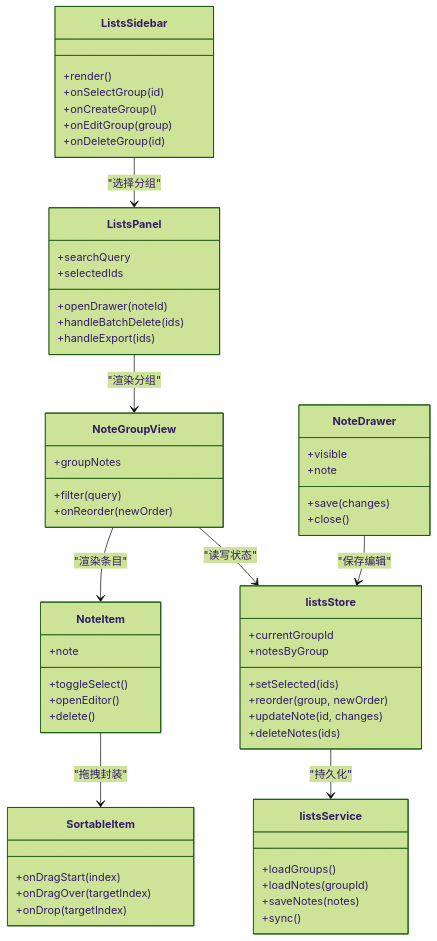
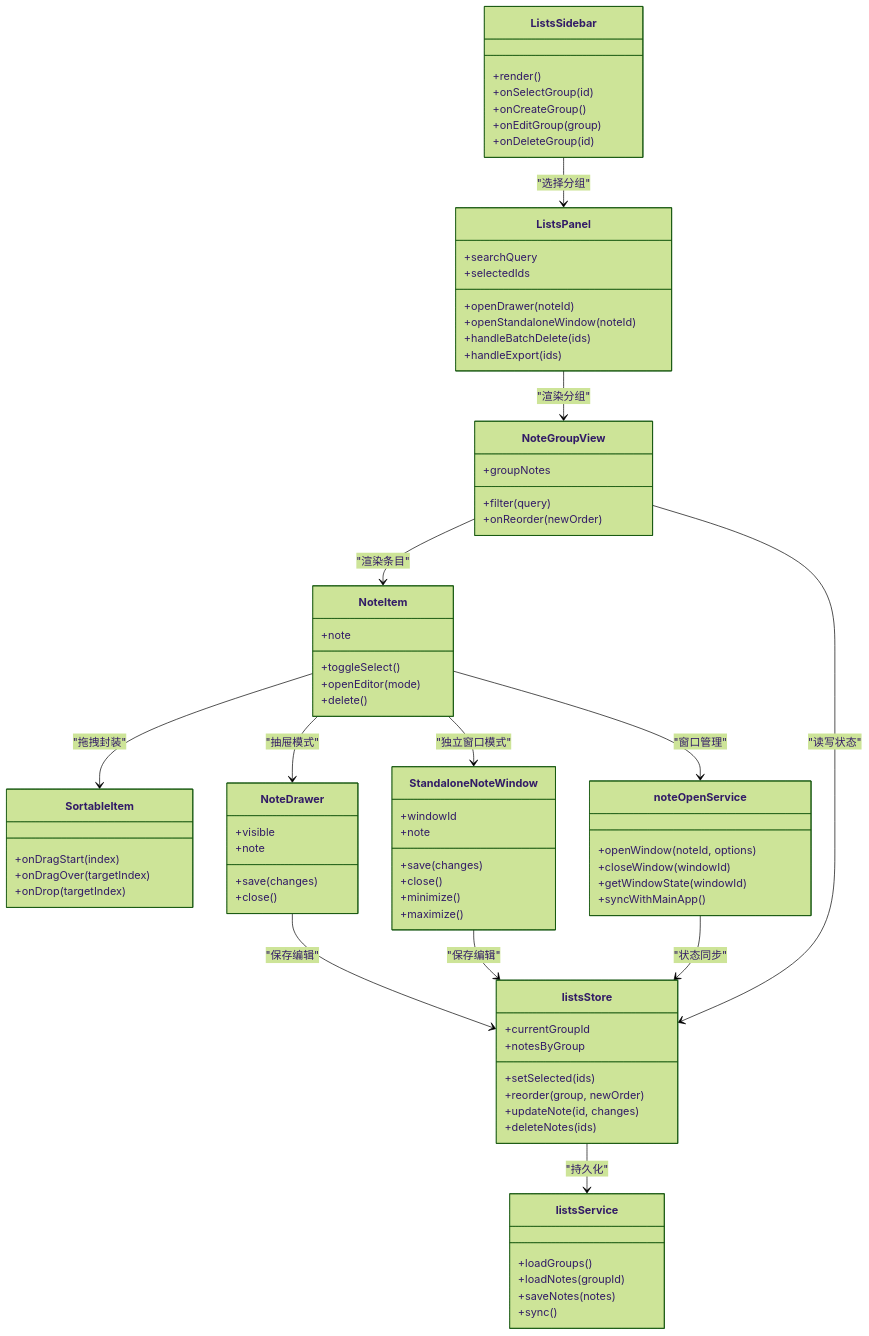
The third of 5 diagrams in .qoder/repowiki/zh/content/架构设计/组件架构设计/业务组件架构/清单管理组件.md (gzdxhujiale/FishWorker), drawn with Mermaid (forest theme) before and after one commit. The commit also changed other lines of this file and 19 other files, not shown here.

````diff
--- a/.qoder/repowiki/zh/content/架构设计/组件架构设计/业务组件架构/清单管理组件.md
+++ b/.qoder/repowiki/zh/content/架构设计/组件架构设计/业务组件架构/清单管理组件.md
@@ -255,60 +325,80 @@
 ```mermaid
 classDiagram
 class ListsSidebar {
 +render()
 +onSelectGroup(id)
 +onCreateGroup()
 +onEditGroup(group)
 +onDeleteGroup(id)
 }
 class ListsPanel {
 +searchQuery
 +selectedIds
 +openDrawer(noteId)
++openStandaloneWindow(noteId)
 +handleBatchDelete(ids)
 +handleExport(ids)
 }
 class NoteGroupView {
 +groupNotes
 +filter(query)
 +onReorder(newOrder)
 }
 class NoteItem {
 +note
 +toggleSelect()
-+openEditor()
++openEditor(mode)
 +delete()
 }
 class SortableItem {
 +onDragStart(index)
 +onDragOver(targetIndex)
 +onDrop(targetIndex)
 }
 class NoteDrawer {
 +visible
 +note
 +save(changes)
 +close()
+}
+class StandaloneNoteWindow {
++windowId
++note
++save(changes)
++close()
++minimize()
++maximize()
+}
+class noteOpenService {
++openWindow(noteId, options)
++closeWindow(windowId)
++getWindowState(windowId)
++syncWithMainApp()
 }
 class listsStore {
 +currentGroupId
 +notesByGroup
 +setSelected(ids)
 +reorder(group, newOrder)
 +updateNote(id, changes)
 +deleteNotes(ids)
 }
 class listsService {
 +loadGroups()
 +loadNotes(groupId)
 +saveNotes(notes)
 +sync()
 }
 ListsSidebar --> ListsPanel : "选择分组"
 ListsPanel --> NoteGroupView : "渲染分组"
 NoteGroupView --> NoteItem : "渲染条目"
 NoteItem --> SortableItem : "拖拽封装"
+NoteItem --> NoteDrawer : "抽屉模式"
+NoteItem --> StandaloneNoteWindow : "独立窗口模式"
+NoteItem --> noteOpenService : "窗口管理"
 NoteGroupView --> listsStore : "读写状态"
 NoteDrawer --> listsStore : "保存编辑"
+StandaloneNoteWindow --> listsStore : "保存编辑"
+noteOpenService --> listsStore : "状态同步"
 listsStore --> listsService : "持久化"
 ```
````
